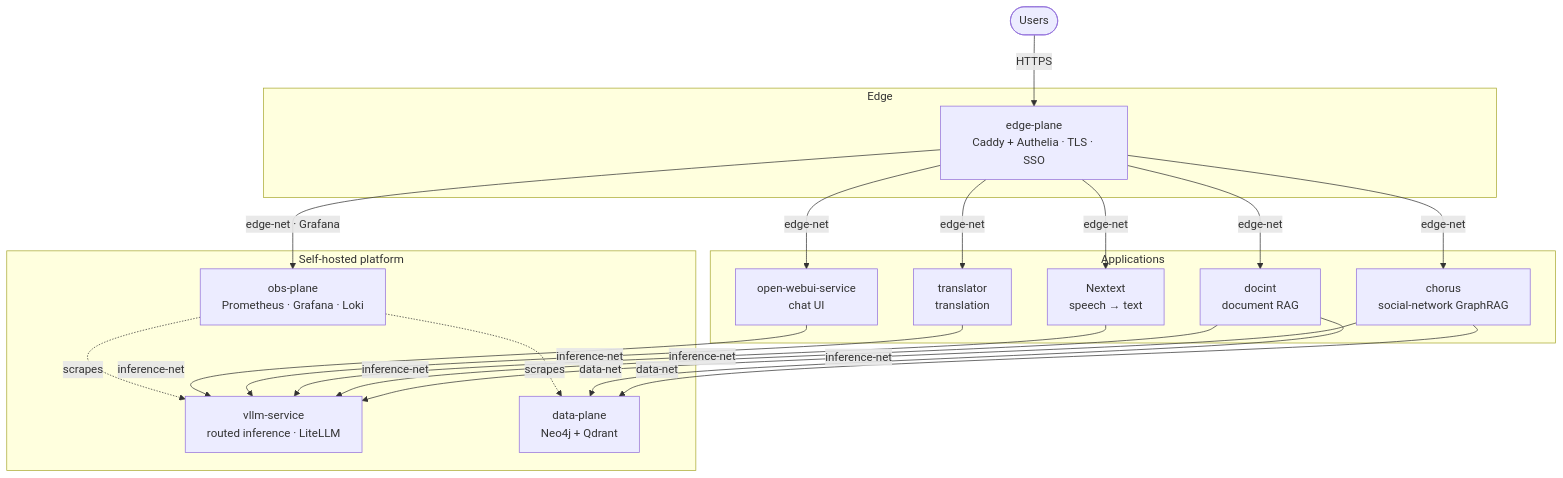
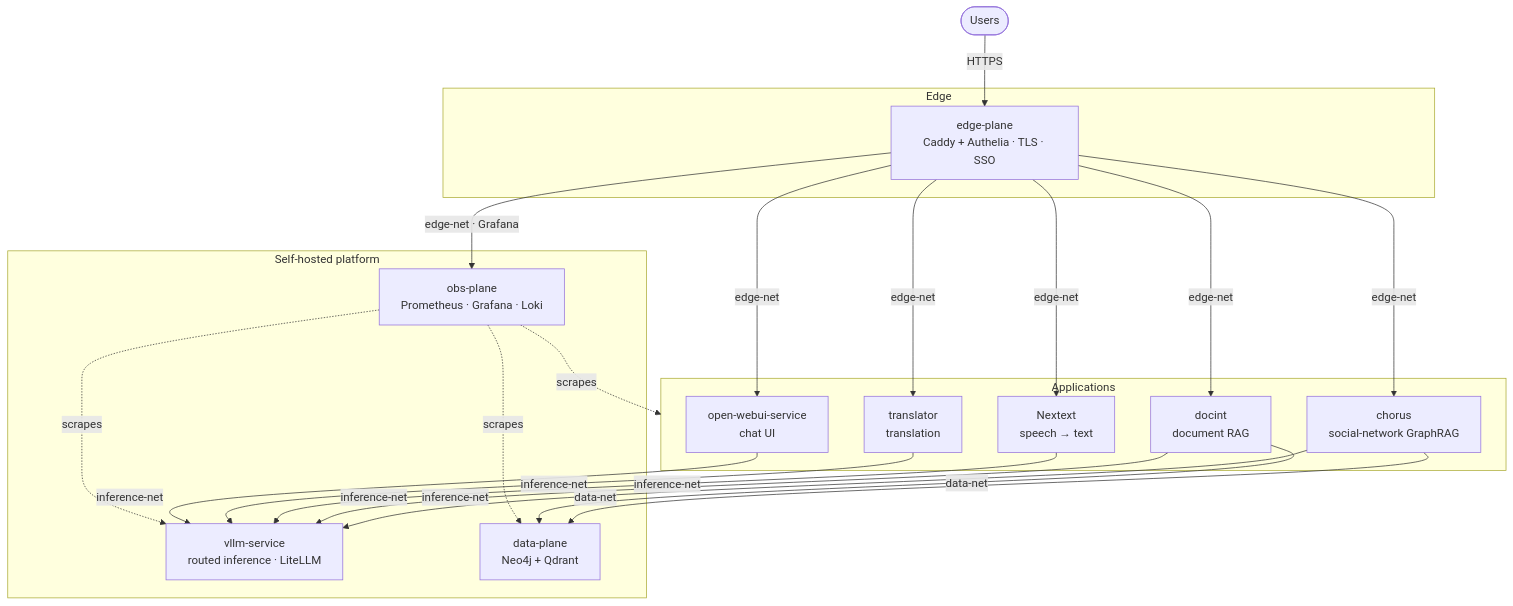
Before and after one commit to nos-tromo/.github: the diagram in profile/README.md, drawn with Mermaid. The commit also changed 6 other files, not shown here.

````diff
--- a/profile/README.md
+++ b/profile/README.md
@@ -9,43 +9,44 @@
 ```mermaid
 flowchart TB
   users(["Users"])
 
   subgraph Edge["Edge"]
     edge["edge-plane<br/>Caddy + Authelia · TLS · SSO"]
   end
 
   subgraph Apps["Applications"]
     chorus["chorus<br/>social-network GraphRAG"]
     docint["docint<br/>document RAG"]
     nextext["Nextext<br/>speech → text"]
     translator["translator<br/>translation"]
     webui["open-webui-service<br/>chat UI"]
   end
 
   subgraph Platform["Self-hosted platform"]
     vllm["vllm-service<br/>routed inference · LiteLLM"]
     data["data-plane<br/>Neo4j + Qdrant"]
     obs["obs-plane<br/>Prometheus · Grafana · Loki"]
   end
 
   users -->|HTTPS| edge
 
   edge -->|edge-net| chorus
   edge -->|edge-net| docint
   edge -->|edge-net| nextext
   edge -->|edge-net| translator
   edge -->|edge-net| webui
   edge -->|edge-net · Grafana| obs
 
   chorus -->|inference-net| vllm
   docint -->|inference-net| vllm
   nextext -->|inference-net| vllm
   translator -->|inference-net| vllm
   webui -->|inference-net| vllm
 
   chorus -->|data-net| data
   docint -->|data-net| data
 
   obs -.->|scrapes| vllm
   obs -.->|scrapes| data
+  obs -.->|scrapes| Apps
 ```
````
